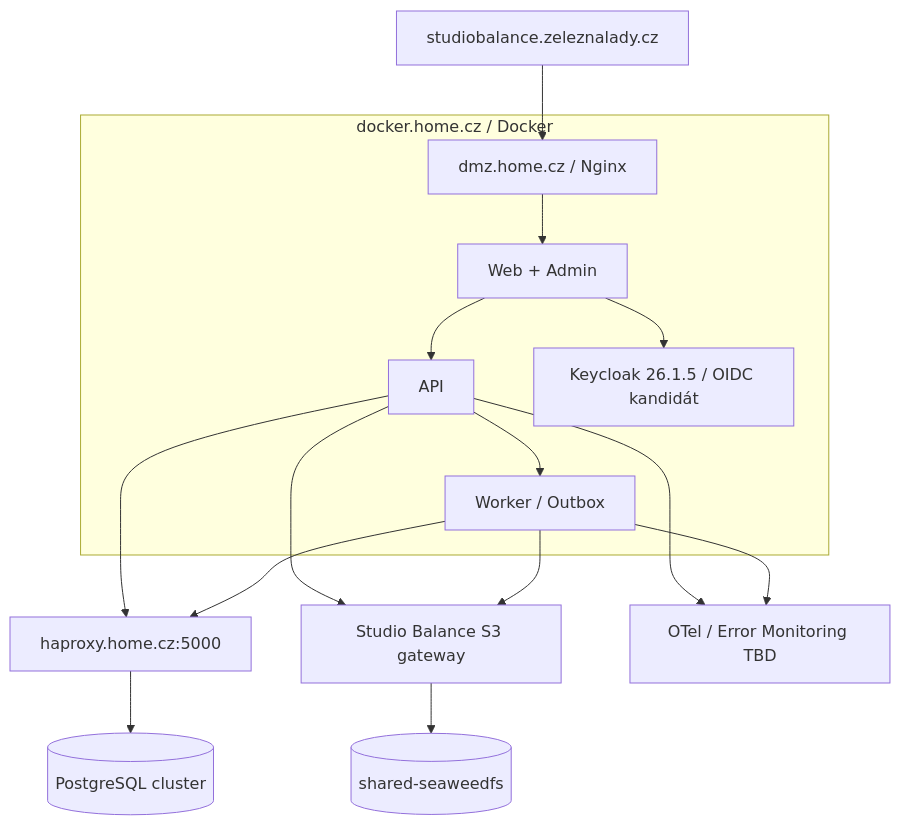
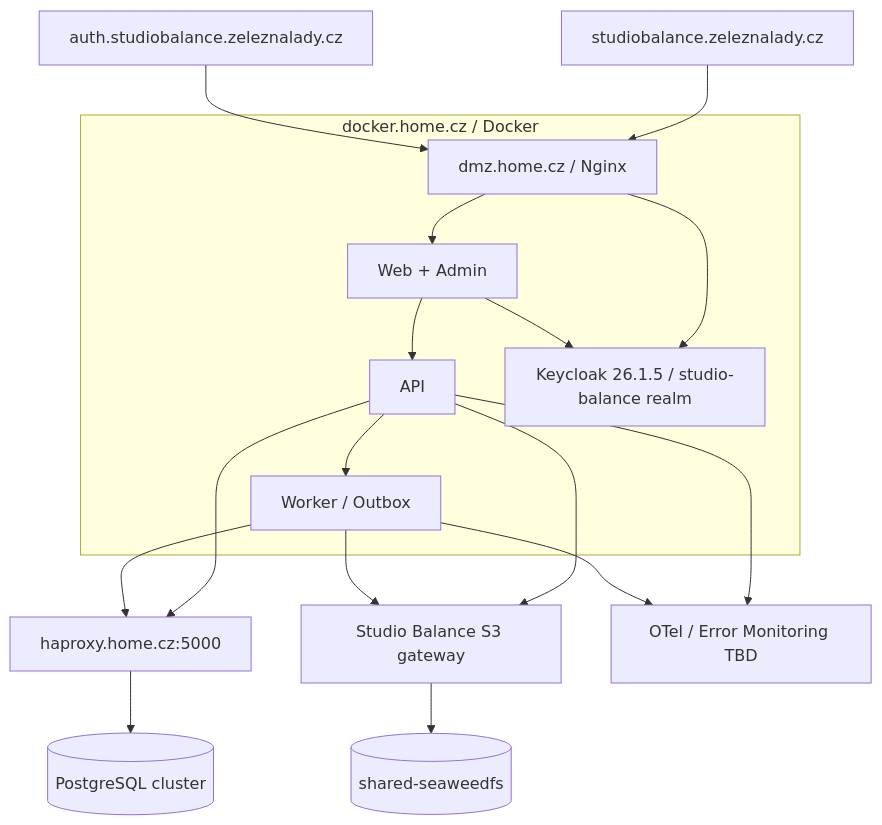
Before and after one commit to voldzi/Studio-Balance: the sixth of 6 diagrams in docs/architecture.md, drawn with Mermaid. The commit also changed other lines of this file and 19 other files, not shown here.

Commit message:
Confirm Keycloak identity architecture

````diff
--- a/docs/architecture.md
+++ b/docs/architecture.md
@@ -232,18 +233,20 @@
 ```mermaid
 flowchart TB
   internet["studiobalance.zeleznalady.cz"] --> dmz["dmz.home.cz / Nginx"]
+  authinternet["auth.studiobalance.zeleznalady.cz"] --> dmz
   subgraph dockerhost["docker.home.cz / Docker"]
     dmz --> webdeploy[Web + Admin]
     webdeploy --> apideploy[API]
     apideploy --> workerdeploy[Worker / Outbox]
-    webdeploy --> keycloak["Keycloak 26.1.5 / OIDC kandidát"]
+    dmz --> keycloak["Keycloak 26.1.5 / studio-balance realm"]
+    webdeploy --> keycloak
   end
   apideploy --> dbproxy["haproxy.home.cz:5000"]
   workerdeploy --> dbproxy
   dbproxy --> proddb[(PostgreSQL cluster)]
   apideploy --> s3gateway["Studio Balance S3 gateway"]
   workerdeploy --> s3gateway
   s3gateway --> seaweed[(shared-seaweedfs)]
   apideploy --> otel[OTel / Error Monitoring TBD]
   workerdeploy --> otel
 ```
````
